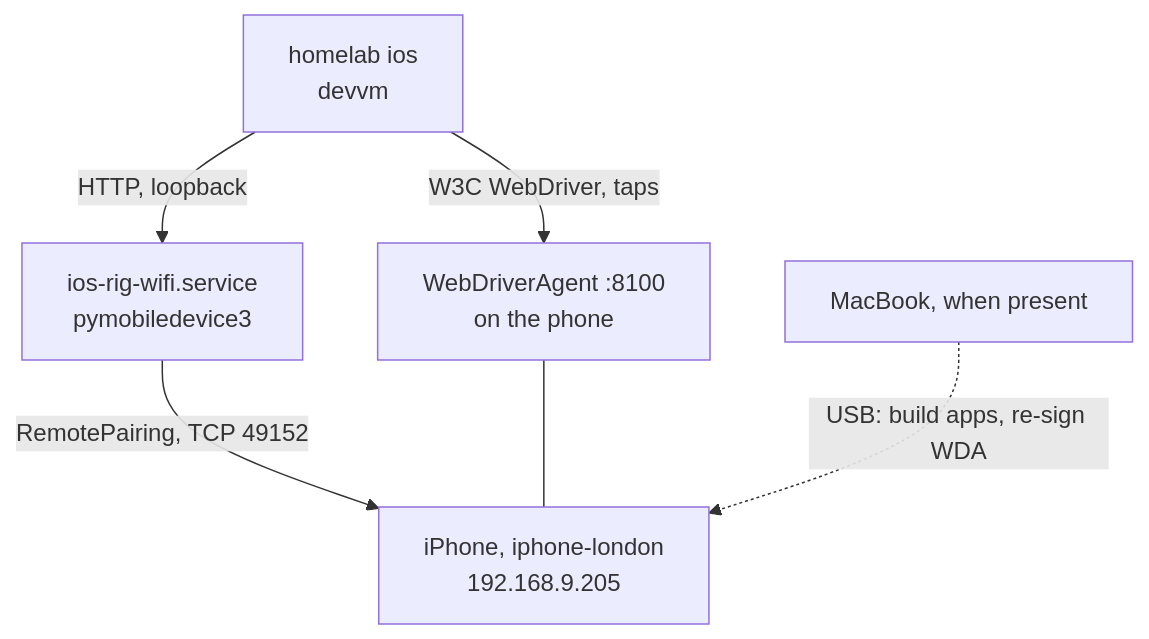
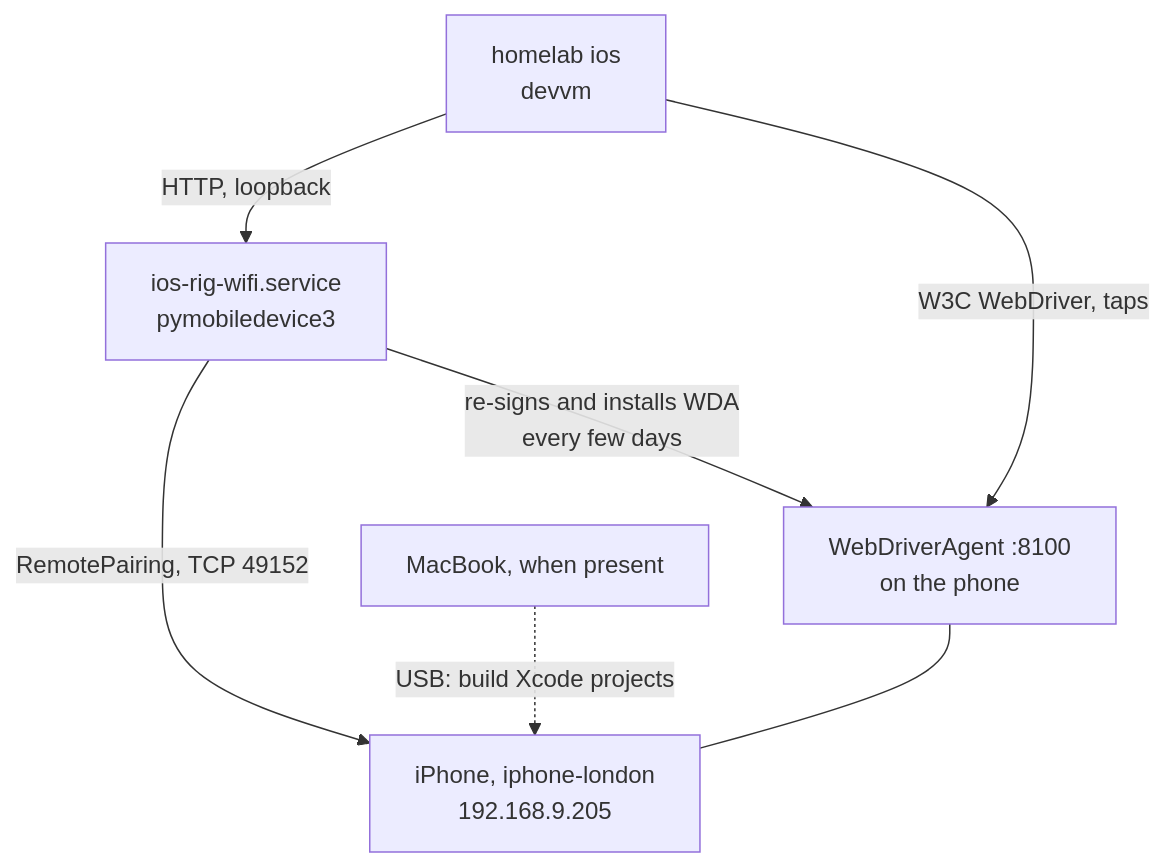
The first of 3 diagrams in docs/runbooks/ios-test-rig.md (ViktorBarzin/infra), drawn with Mermaid before and after one commit. The commit also changed other lines of this file and 11 other files, not shown here.

````diff
--- a/docs/runbooks/ios-test-rig.md
+++ b/docs/runbooks/ios-test-rig.md
@@ -21,8 +22,9 @@
 ```mermaid
 flowchart TD
   CLI["homelab ios<br/>devvm"] -->|HTTP, loopback| SVC["ios-rig-wifi.service<br/>pymobiledevice3"]
   SVC -->|RemotePairing, TCP 49152| P["iPhone, iphone-london<br/>192.168.9.205"]
   CLI -->|W3C WebDriver, taps| WDA["WebDriverAgent :8100<br/>on the phone"]
   WDA --- P
-  MAC["MacBook, when present"] -.->|USB: build apps, re-sign WDA| P
+  SVC -->|re-signs and installs WDA<br/>every few days| WDA
+  MAC["MacBook, when present"] -.->|USB: build Xcode projects| P
 ```
````
